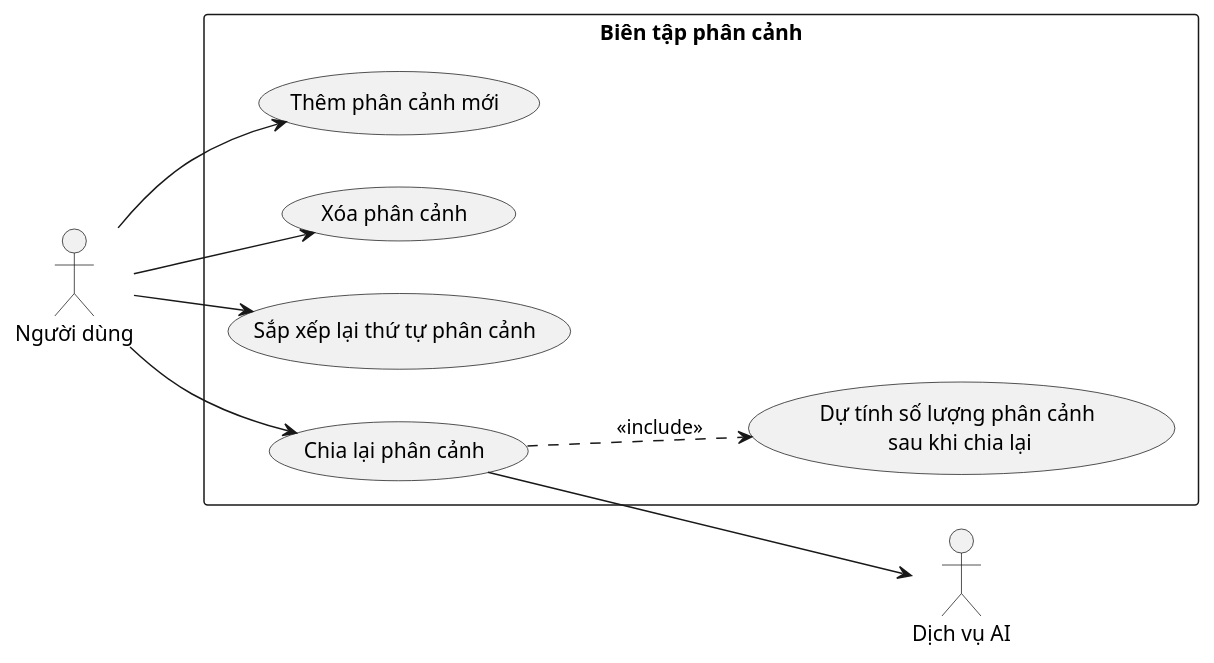
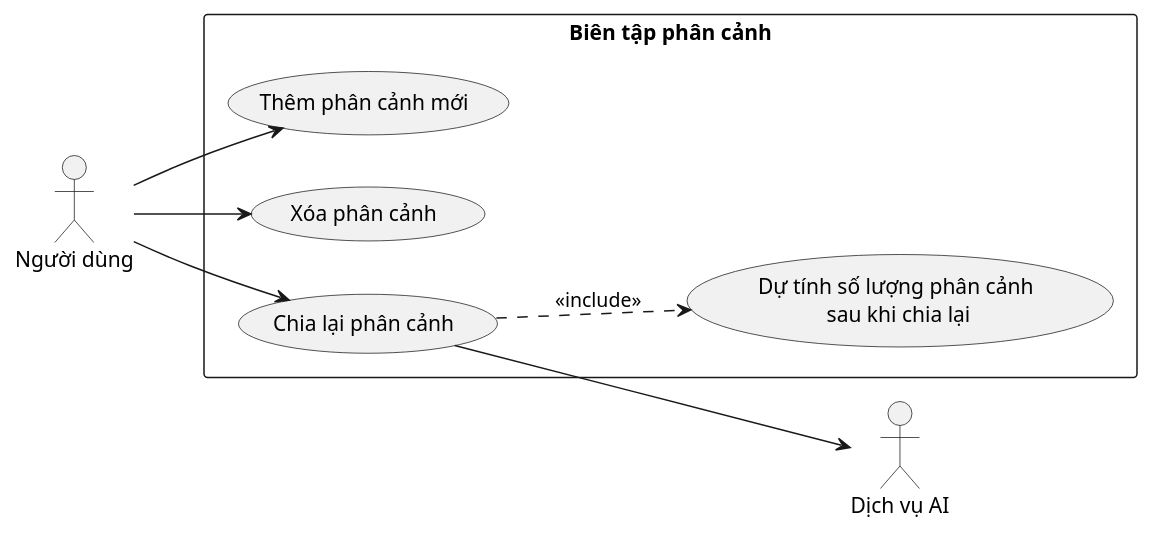
The diagram in docs/bieu-do-uc/bieu-do-uc-chi-tiet/make/tao-va-chinh-sua-phan-canh/bien-tap-phan-canh.puml (202416852-anhpv/story2video-docs), drawn with PlantUML before and after one commit. The commit also changed 2 other files, not shown here.

```diff
--- a/docs/bieu-do-uc/bieu-do-uc-chi-tiet/make/tao-va-chinh-sua-phan-canh/bien-tap-phan-canh.puml
+++ b/docs/bieu-do-uc/bieu-do-uc-chi-tiet/make/tao-va-chinh-sua-phan-canh/bien-tap-phan-canh.puml
@@ -1,23 +1,21 @@
 @startuml bien-tap-phan-canh
 left to right direction
 
 actor "Người dùng" as User
 actor "Dịch vụ AI" as AI_Service
 
 rectangle "Biên tập phân cảnh" {
     usecase "Thêm phân cảnh mới" as UC_02
     usecase "Xóa phân cảnh" as UC_03
-    usecase "Sắp xếp lại thứ tự phân cảnh" as UC_04
     usecase "Chia lại phân cảnh" as UC_05
     usecase "Dự tính số lượng phân cảnh\n sau khi chia lại" as UC_06
 }
 
 User --> UC_02
 User --> UC_03
-User --> UC_04
 User --> UC_05
 
 UC_05 ..> UC_06 : <<include>>
 UC_05 --> AI_Service
 
 @enduml
```
